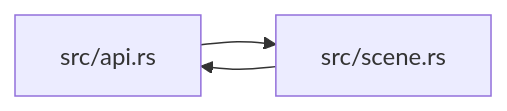
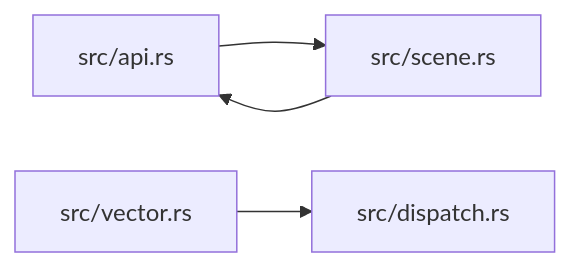
The diagram in docs/modules/zela-render-vector.md (xcrtp/zela), drawn with Mermaid before and after one commit. The commit also changed other lines of this file and 4 other files, not shown here.

````diff
--- a/docs/modules/zela-render-vector.md
+++ b/docs/modules/zela-render-vector.md
@@ -34,7 +35,10 @@
 ```mermaid
 graph LR
     f0["src/api.rs"]
+    f3["src/dispatch.rs"]
     f1["src/scene.rs"]
+    f2["src/vector.rs"]
     f0 --> f1
     f1 --> f0
+    f2 --> f3
 ```
````
